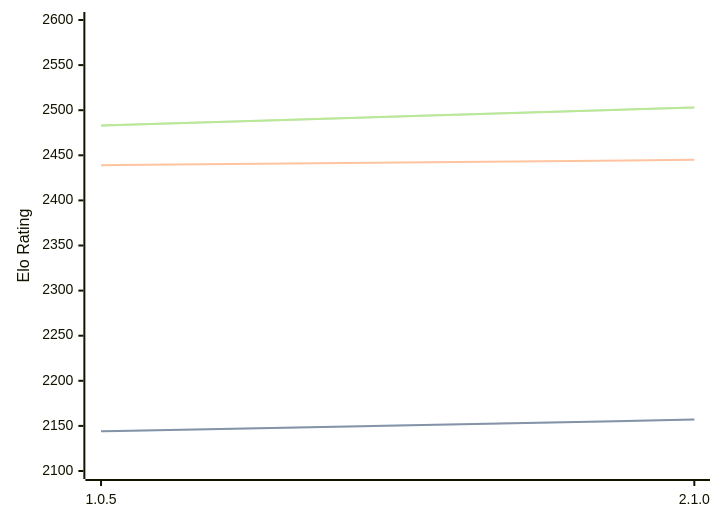
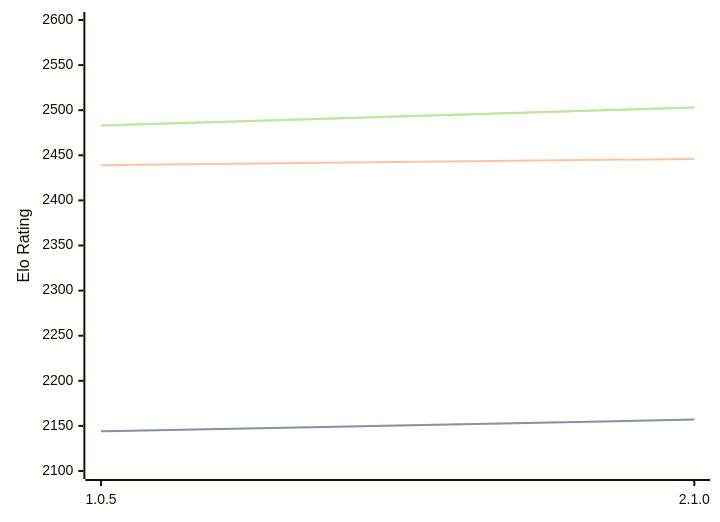
The diagram in engines/Ruffian.md (computer-chess-index/cci), drawn with Mermaid before and after one commit. The commit also changed other lines of this file, not shown here.

````diff
--- a/engines/Ruffian.md
+++ b/engines/Ruffian.md
@@ -32,11 +32,11 @@
 ```mermaid
 %%{init: {"theme":"base","themeVariables":{"seriesColors:['#a3a3a3','#222221','#faa371']}}}%%
 xychart-beta
   x-axis ["1.0.5", "2.1.0"]
   y-axis "Elo Rating" 2100 --> 2600
   line "" [2144, 2157]
   line "STC (8.0+0.08s)" [2144, 2157]
-  line "LTC (60.0+0.60s)" [2439, 2445]
+  line "LTC (60.0+0.60s)" [2439, 2446]
   line "" [2483, 2503]
   line "VLTC (2m24s+1.12s)" [2483, 2503]
 ```
````
